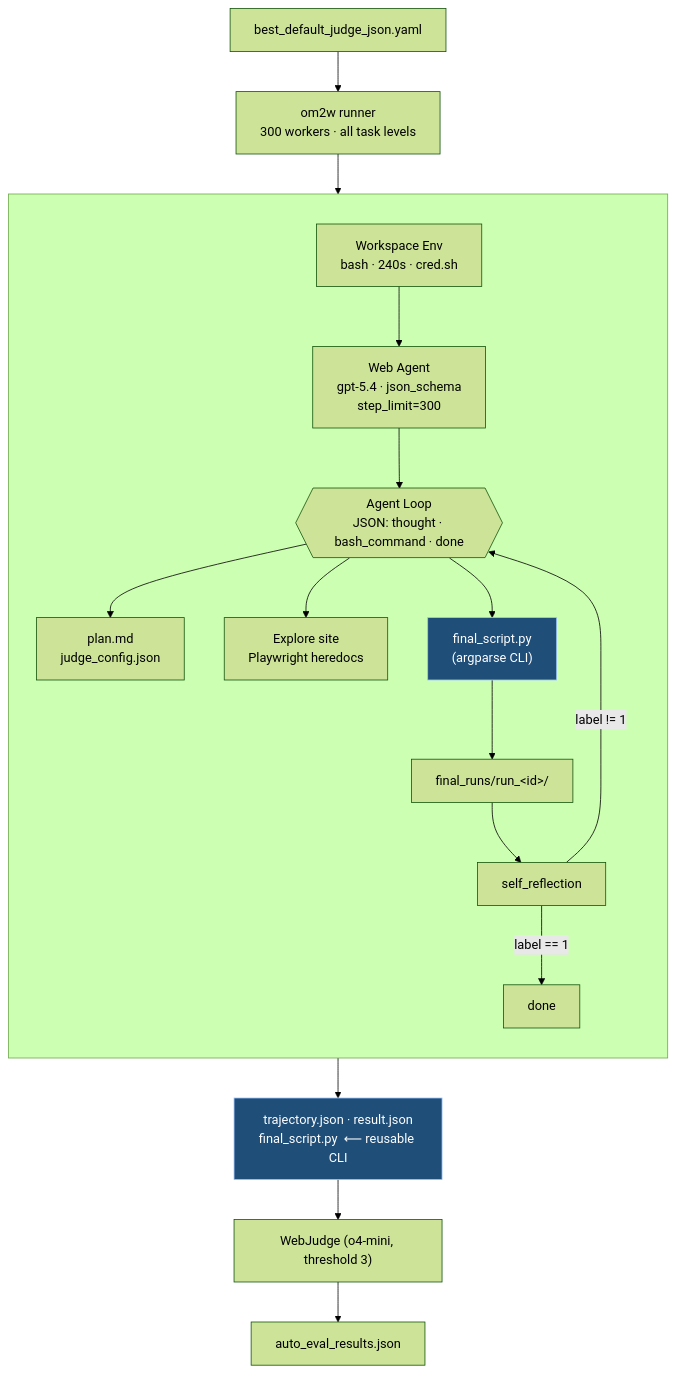
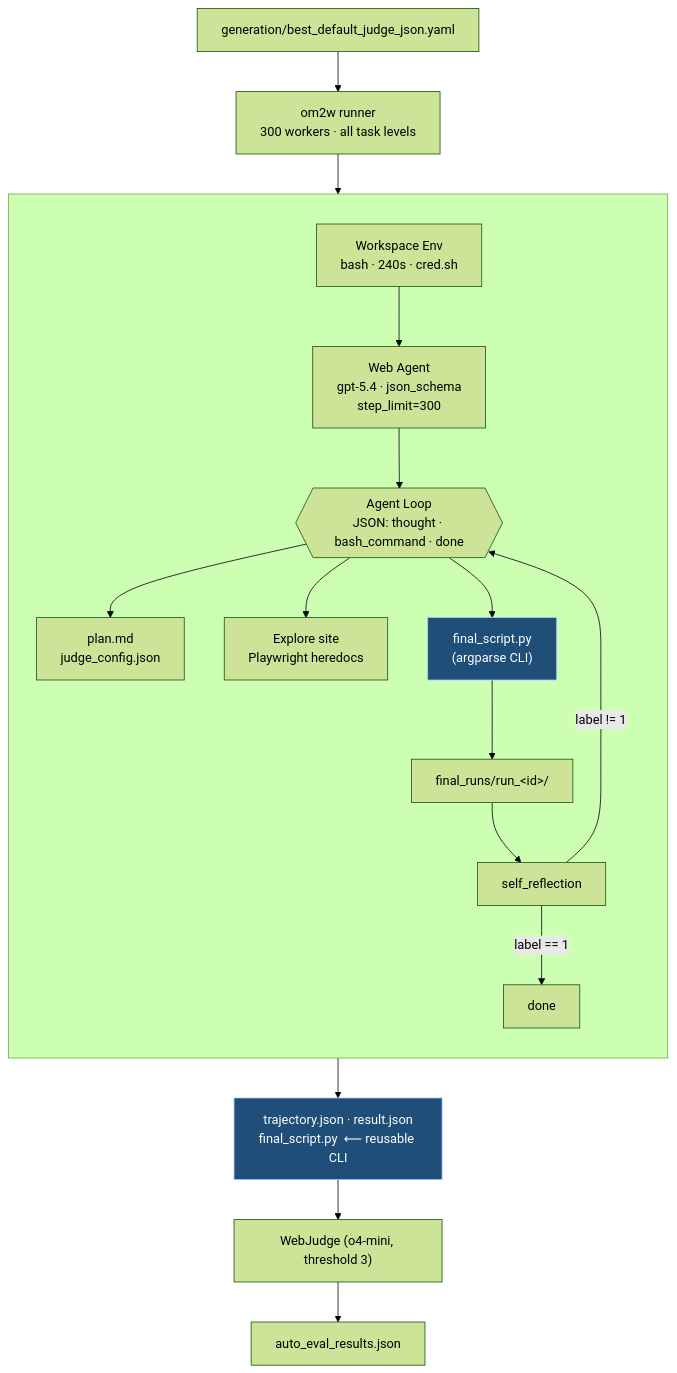
Before and after one commit to adamlu123/mini-web-agent: the diagram in docs/web2skill_blog.md, drawn with Mermaid (forest theme). The commit also changed 36 other files, not shown here.

````diff
--- a/docs/web2skill_blog.md
+++ b/docs/web2skill_blog.md
@@ -47,25 +47,25 @@
 ```mermaid
 flowchart TD
-    Cfg["best_default_judge_json.yaml"] --> Runner["om2w runner<br/>300 workers · all task levels"]
+    Cfg["generation/best_default_judge_json.yaml"] --> Runner["om2w runner<br/>300 workers · all task levels"]
     Runner --> Task["per task (parallel)"]
 
     subgraph Task[" "]
         direction TB
         Env["Workspace Env<br/>bash · 240s · cred.sh"] --> Agent["Web Agent<br/>gpt-5.4 · json_schema<br/>step_limit=300"]
         Agent --> Loop{{"Agent Loop<br/>JSON: thought · bash_command · done"}}
         Loop --> Plan["plan.md<br/>judge_config.json"]
         Loop --> Explore["Explore site<br/>Playwright heredocs"]
         Loop --> Script["final_script.py<br/>(argparse CLI)"]
         Script --> Run["final_runs/run_&lt;id&gt;/"]
         Run --> Reflect["self_reflection"]
         Reflect -->|label == 1| Done["done"]
         Reflect -->|label != 1| Loop
     end
 
     Task --> Artifacts["trajectory.json · result.json<br/>final_script.py  ⟵ reusable CLI"]
     Artifacts --> Judge["WebJudge (o4-mini, threshold 3)"]
     Judge --> Eval["auto_eval_results.json"]
 
     classDef deliverable fill:#1f4e79,stroke:#9ec5ff,color:#fff;
     class Script,Artifacts deliverable;
 ```
````
